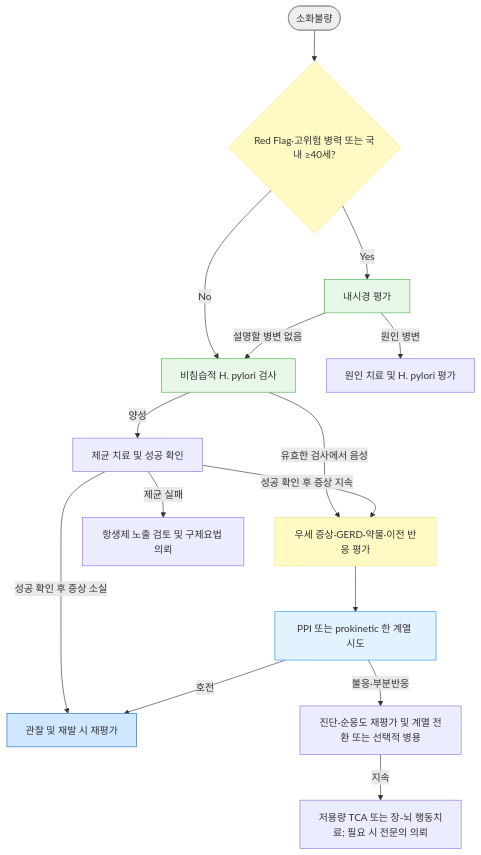
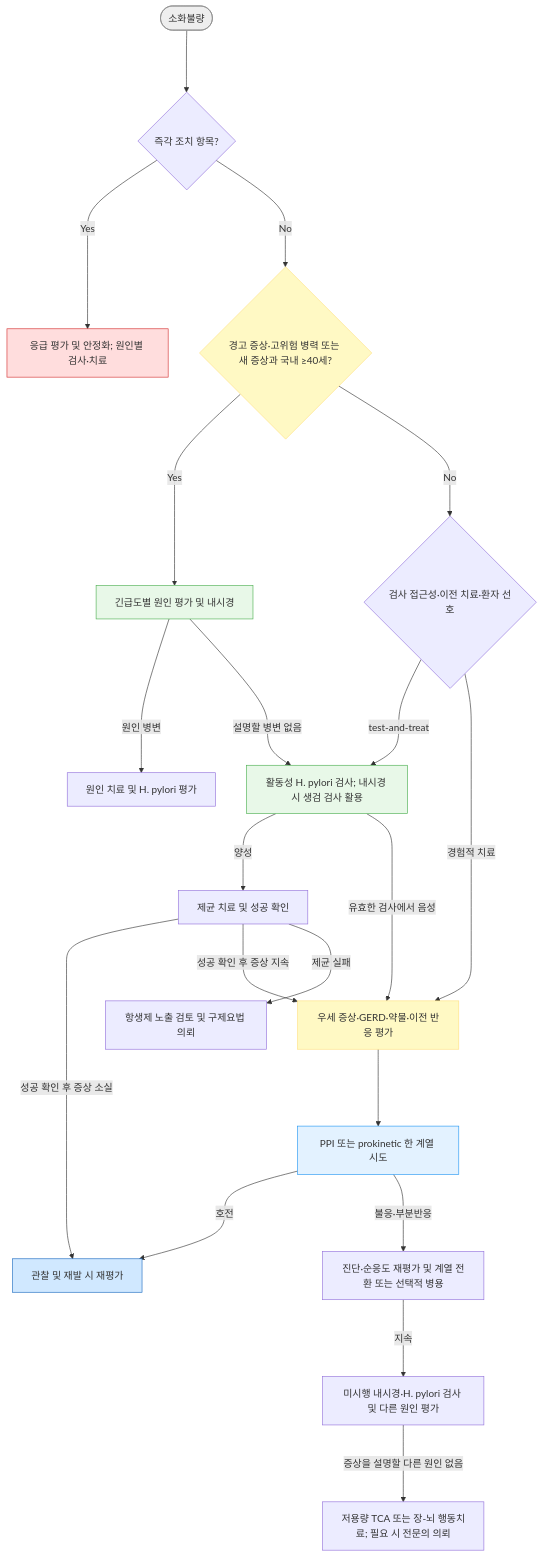
One commit to familyoh77/familyoh77 changed the diagram in 224_/075_-indigestion-dyspepsia.md. Above: the diagram before and after it, drawn with Mermaid. The commit also changed other lines of this file and 8 other files, not shown here.

````diff
--- a/224_/075_-indigestion-dyspepsia.md
+++ b/224_/075_-indigestion-dyspepsia.md
@@ -232,24 +250,30 @@
 ```mermaid
 flowchart TD
-    Start(["소화불량"]) --> RF{"Red Flag·고위험 병력 또는 국내 ≥40세?"}
-    RF -- "Yes" --> Endo["내시경 평가"]
-    RF -- "No" --> HpTest["비침습적 H. pylori 검사"]
-    Endo -- "원인 병변" --> CauseTx["원인 치료 및 H. pylori 평가"]
-    Endo -- "설명할 병변 없음" --> HpTest
-    HpTest -- "양성" --> HpErad["제균 치료 및 성공 확인"]
-    HpTest -- "유효한 검사에서 음성" --> Pheno["우세 증상·GERD·약물·이전 반응 평가"]
-    HpErad -- "성공 확인 후 증상 소실" --> Done["관찰 및 재발 시 재평가"]
-    HpErad -- "성공 확인 후 증상 지속" --> Pheno
-    HpErad -- "제균 실패" --> Rescue["항생제 노출 검토 및 구제요법 의뢰"]
-    Pheno --> First["PPI 또는 prokinetic 한 계열 시도"]
-    First -- "호전" --> Done
-    First -- "불응·부분반응" --> Review["진단·순응도 재평가 및 계열 전환 또는 선택적 병용"]
-    Review -- "지속" --> Next["저용량 TCA 또는 장-뇌 행동치료; 필요 시 전문의 의뢰"]
+    Start(["소화불량"]) ---> Urgent{"즉각 조치 항목?"}
+    Urgent -- "Yes" ---> Emergency["응급 평가 및 안정화; 원인별 검사·치료"]
+    Urgent -- "No" ---> RF{"경고 증상·고위험 병력 또는 새 증상과 국내 ≥40세?"}
+    RF -- "Yes" ---> Endo["긴급도별 원인 평가 및 내시경"]
+    RF -- "No" ---> Choice{"검사 접근성·이전 치료·환자 선호"}
+    Choice -- "test-and-treat" ---> HpTest["활동성 H. pylori 검사; 내시경 시 생검 검사 활용"]
+    Choice -- "경험적 치료" ---> Pheno
+    Endo -- "원인 병변" ---> CauseTx["원인 치료 및 H. pylori 평가"]
+    Endo -- "설명할 병변 없음" ---> HpTest
+    HpTest -- "양성" ---> HpErad["제균 치료 및 성공 확인"]
+    HpTest -- "유효한 검사에서 음성" ---> Pheno["우세 증상·GERD·약물·이전 반응 평가"]
+    HpErad -- "성공 확인 후 증상 소실" ---> Done["관찰 및 재발 시 재평가"]
+    HpErad -- "성공 확인 후 증상 지속" ---> Pheno
+    HpErad -- "제균 실패" ---> Rescue["항생제 노출 검토 및 구제요법 의뢰"]
+    Pheno ---> First["PPI 또는 prokinetic 한 계열 시도"]
+    First -- "호전" ---> Done
+    First -- "불응·부분반응" ---> Review["진단·순응도 재평가 및 계열 전환 또는 선택적 병용"]
+    Review -- "지속" ---> Workup["미시행 내시경·H. pylori 검사 및 다른 원인 평가"]
+    Workup -- "증상을 설명할 다른 원인 없음" ---> Next["저용량 TCA 또는 장-뇌 행동치료; 필요 시 전문의 의뢰"]
     style Start fill:#eeeeee,stroke:#888888
+    style Emergency fill:#ffdddd,stroke:#d32f2f
     style RF fill:#fff9c4,stroke:#ffe082
     style Endo fill:#e8f8e8,stroke:#4caf50
     style HpTest fill:#e8f8e8,stroke:#4caf50
     style Pheno fill:#fff9c4,stroke:#ffe082
     style First fill:#e3f2ff,stroke:#2196f3
     style Done fill:#d0e8ff,stroke:#1a6abf
 ```
````
